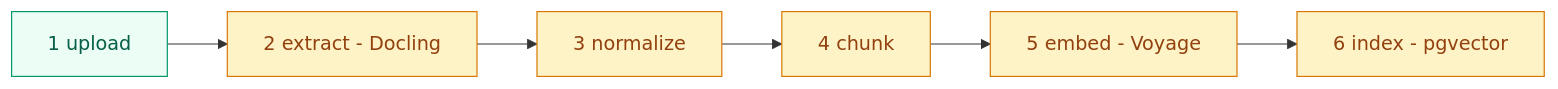
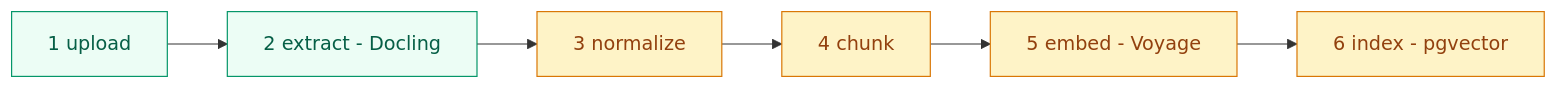
One commit to moisturicer/IRIS changed the third of 11 diagrams in docs/chunker_architecture.md. Above: the diagram before and after it, drawn with Mermaid. The commit also changed other lines of this file and 27 other files, not shown here.

````diff
--- a/docs/chunker_architecture.md
+++ b/docs/chunker_architecture.md
@@ -209,12 +209,12 @@
 ```mermaid
 flowchart LR
   U["1 upload"] --> X["2 extract - Docling"]
   X --> N["3 normalize"]
   N --> C["4 chunk"]
   C --> E["5 embed - Voyage"]
   E --> I["6 index - pgvector"]
   classDef done fill:#ecfdf5,stroke:#059669,color:#065f46;
   classDef todo fill:#fef3c7,stroke:#d97706,color:#92400e;
-  class U done
-  class X,N,C,E,I todo
+  class U,X done
+  class N,C,E,I todo
 ```
````
